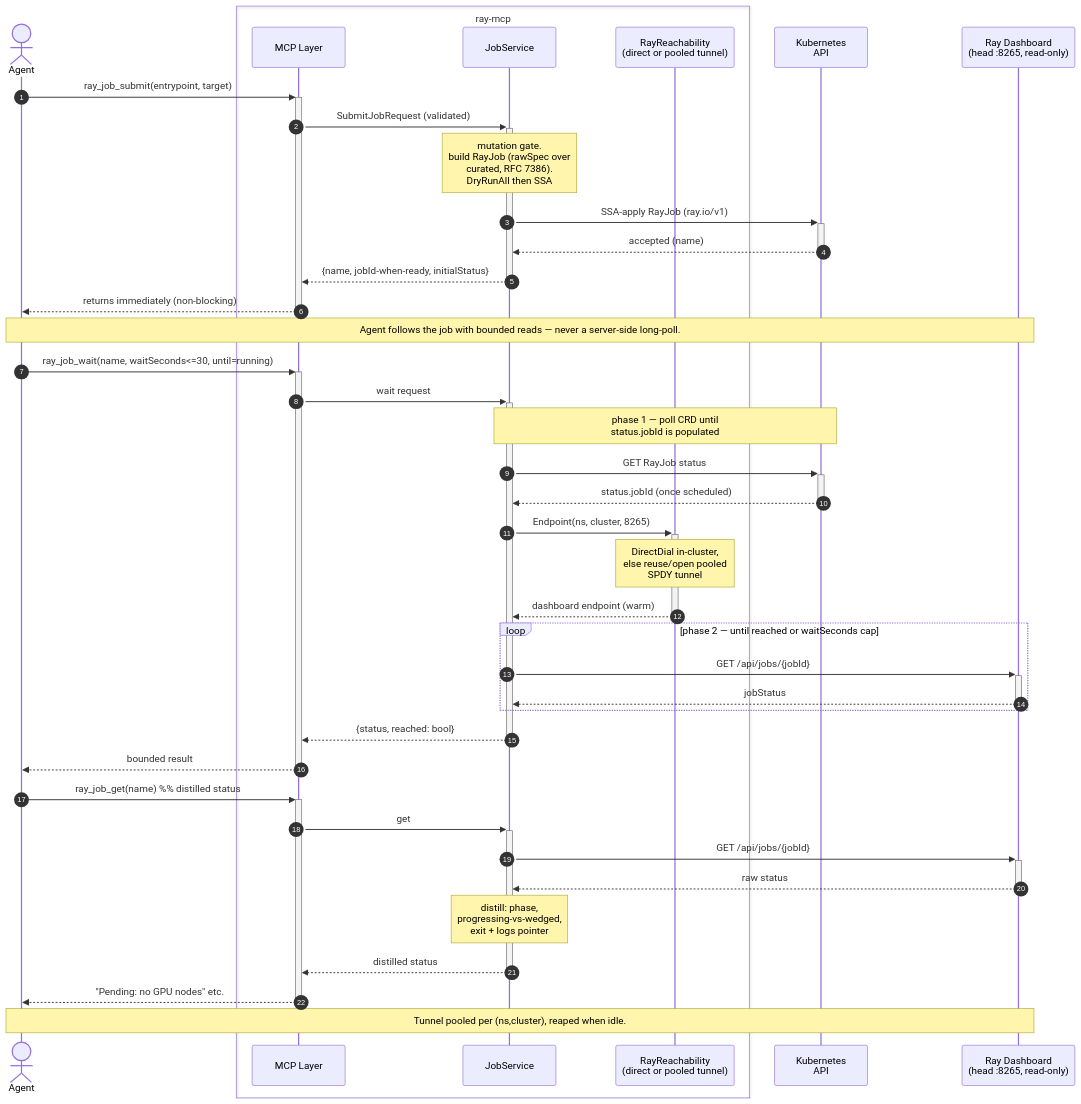
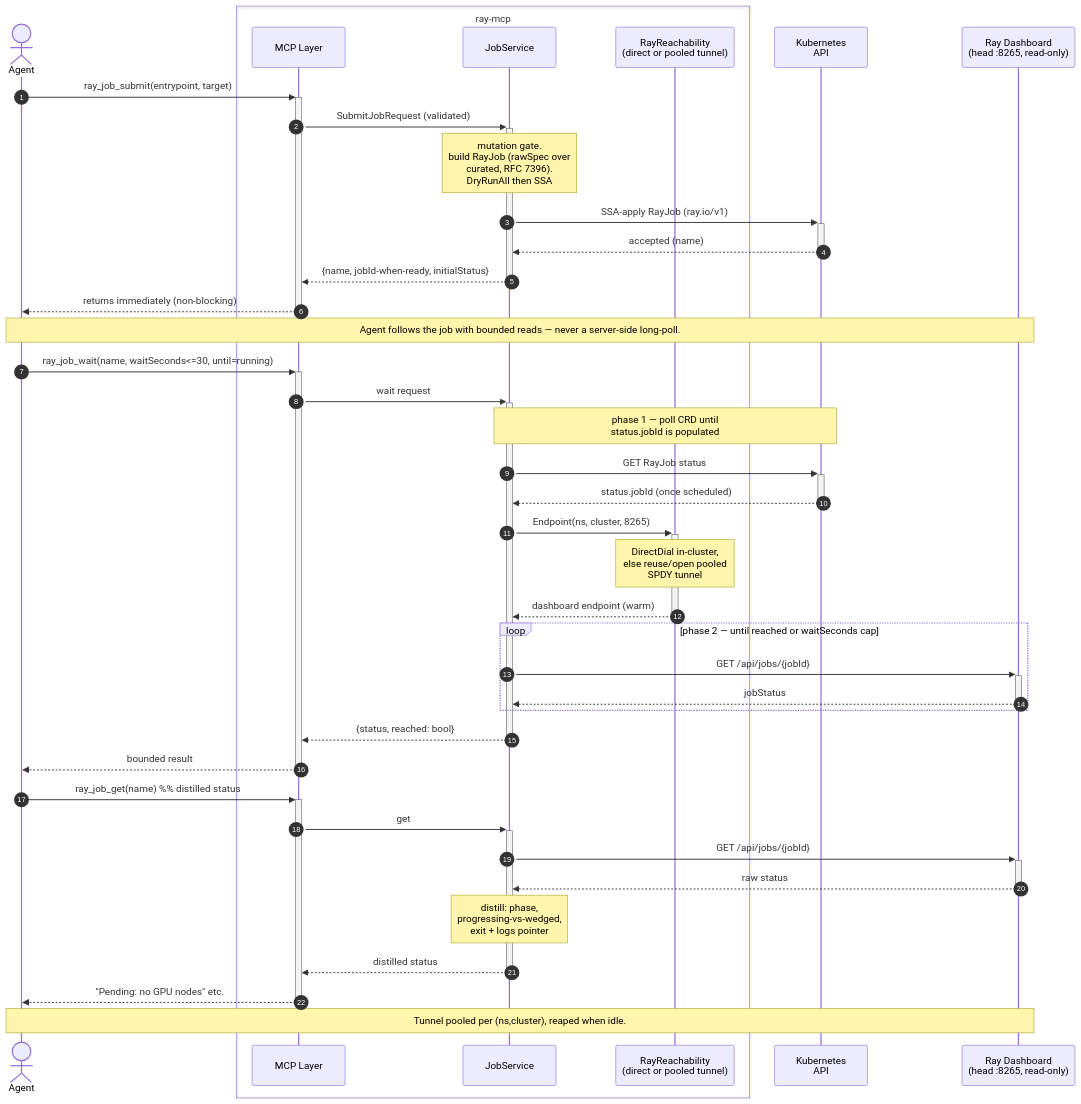
Before and after one commit to risjai/ray-mcp: the diagram in docs/specs/ray-mcp-design.md, drawn with Mermaid. The commit also changed other lines of this file and 3 other files, not shown here.

First line of the commit message:
Fix spec doc paths and JSON Merge Patch RFC number

````diff
--- a/docs/specs/ray-mcp-design.md
+++ b/docs/specs/ray-mcp-design.md
@@ -375,47 +375,47 @@
 ```mermaid
 sequenceDiagram
     autonumber
     actor Agent
     box ray-mcp
         participant MCP as MCP Layer
         participant Svc as JobService
         participant Reach as RayReachability<br>(direct or pooled tunnel)
     end
     participant K8s as Kubernetes<br>API
     participant Ray as Ray Dashboard<br>(head :8265, read-only)
 
     Agent->>+MCP: ray_job_submit(entrypoint, target)
     MCP->>+Svc: SubmitJobRequest (validated)
-    Note over Svc: mutation gate.<br>build RayJob (rawSpec over<br>curated, RFC 7386).<br>DryRunAll then SSA
+    Note over Svc: mutation gate.<br>build RayJob (rawSpec over<br>curated, RFC 7396).<br>DryRunAll then SSA
     Svc->>+K8s: SSA-apply RayJob (ray.io/v1)
     K8s-->>-Svc: accepted (name)
     Svc-->>-MCP: {name, jobId-when-ready, initialStatus}
     MCP-->>-Agent: returns immediately (non-blocking)
 
     Note over Agent,Ray: Agent follows the job with bounded reads — never a server-side long-poll.
 
     Agent->>+MCP: ray_job_wait(name, waitSeconds<=30, until=running)
     MCP->>+Svc: wait request
     Note over Svc,K8s: phase 1 — poll CRD until<br>status.jobId is populated
     Svc->>+K8s: GET RayJob status
     K8s-->>-Svc: status.jobId (once scheduled)
     Svc->>+Reach: Endpoint(ns, cluster, 8265)
     Note over Reach: DirectDial in-cluster,<br>else reuse/open pooled<br>SPDY tunnel
     Reach-->>-Svc: dashboard endpoint (warm)
     loop phase 2 — until reached or waitSeconds cap
         Svc->>+Ray: GET /api/jobs/{jobId}
         Ray-->>-Svc: jobStatus
     end
     Svc-->>-MCP: {status, reached: bool}
     MCP-->>-Agent: bounded result
 
     Agent->>+MCP: ray_job_get(name)  %% distilled status
     MCP->>+Svc: get
     Svc->>+Ray: GET /api/jobs/{jobId}
     Ray-->>-Svc: raw status
     Note over Svc: distill: phase,<br>progressing-vs-wedged,<br>exit + logs pointer
     Svc-->>-MCP: distilled status
     MCP-->>-Agent: "Pending: no GPU nodes" etc.
 
     Note over Agent,Ray: Tunnel pooled per (ns,cluster), reaped when idle.
 ```
````
